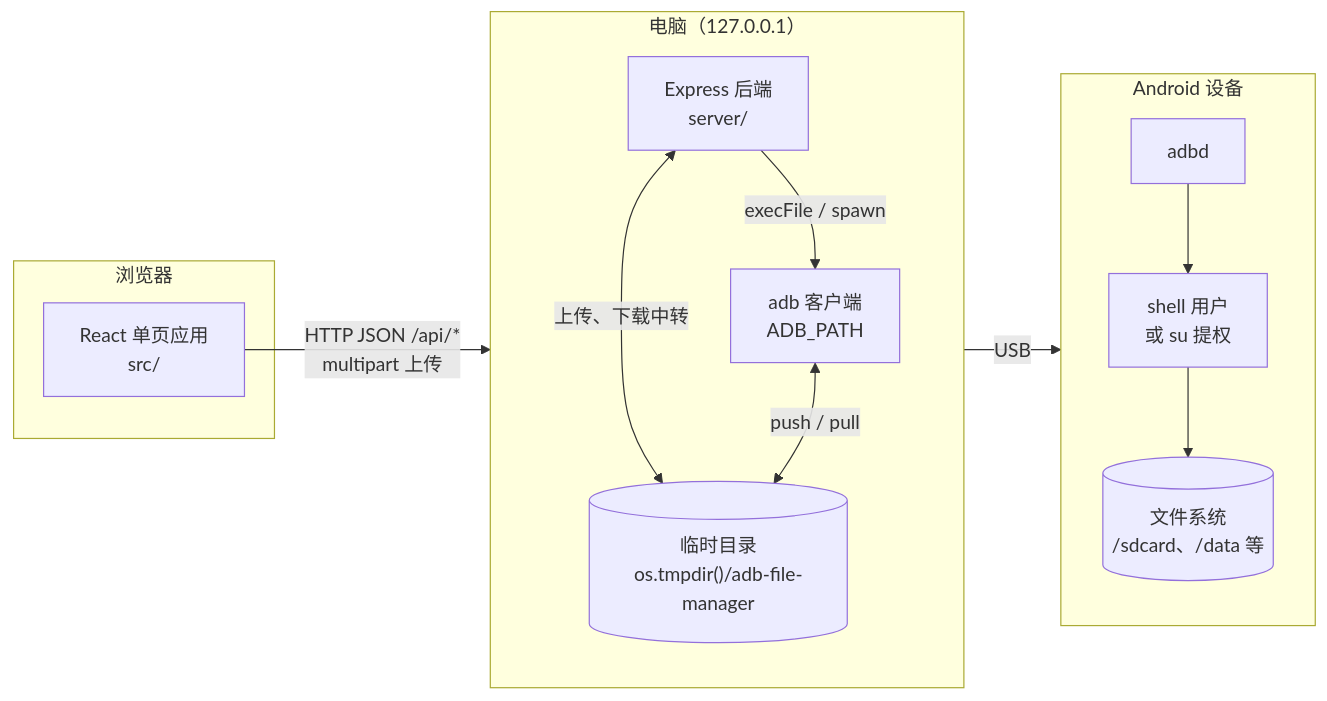
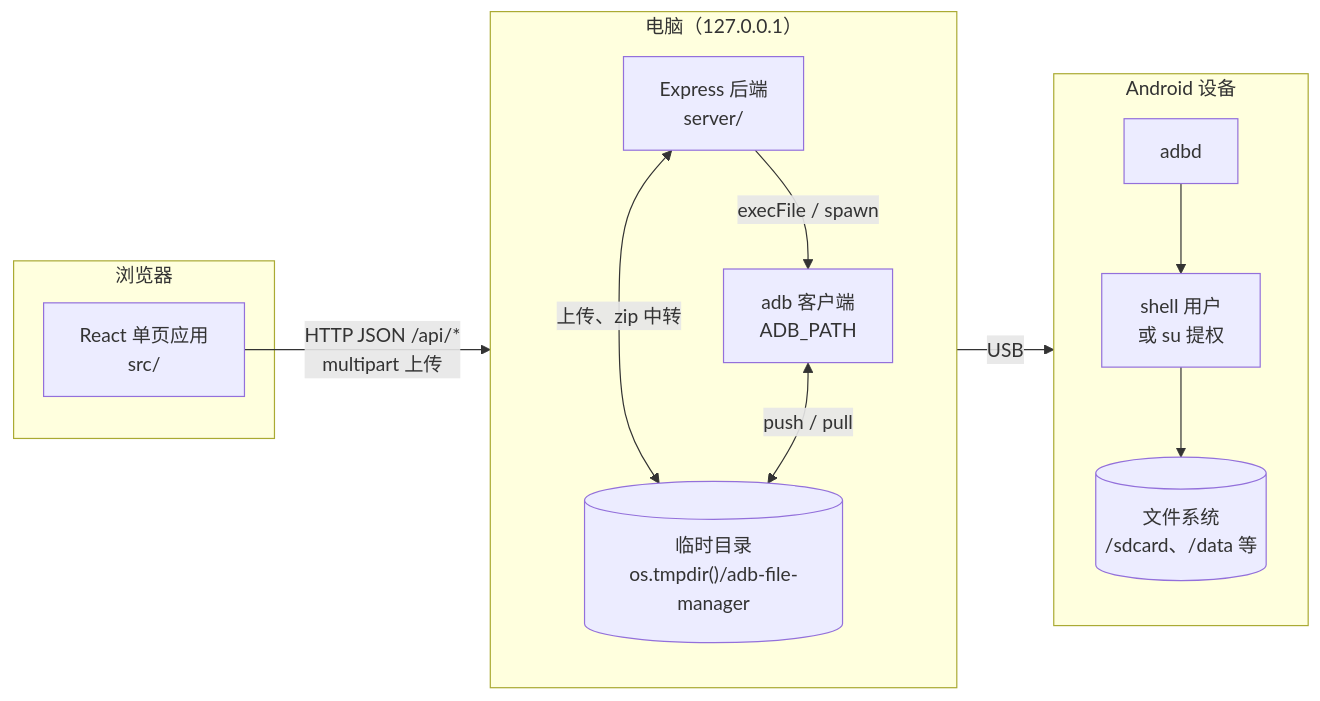
The first of 12 diagrams in docs/architecture.md (wynnyu/adb-file-manager), drawn with Mermaid before and after one commit. The commit also changed other lines of this file and 4 other files, not shown here.

````diff
--- a/docs/architecture.md
+++ b/docs/architecture.md
@@ -9,27 +9,27 @@
 ```mermaid
 flowchart LR
   subgraph Browser["浏览器"]
     UI["React 单页应用<br/>src/"]
   end
 
   subgraph PC["电脑（127.0.0.1）"]
     direction TB
     Express["Express 后端<br/>server/"]
     Tmp[("临时目录<br/>os.tmpdir()/adb-file-manager")]
     ADB["adb 客户端<br/>ADB_PATH"]
     Express -- "execFile / spawn" --> ADB
-    Express <-->|上传、下载中转| Tmp
+    Express <-->|上传、zip 中转| Tmp
     ADB <-->|push / pull| Tmp
   end
 
   subgraph Device["Android 设备"]
     direction TB
     Adbd["adbd"]
     Shell["shell 用户<br/>或 su 提权"]
     FS[("文件系统<br/>/sdcard、/data 等")]
     Adbd --> Shell --> FS
   end
 
   UI -- "HTTP JSON /api/*<br/>multipart 上传" --> Express
   ADB -- "USB" --> Adbd
 ```
````
